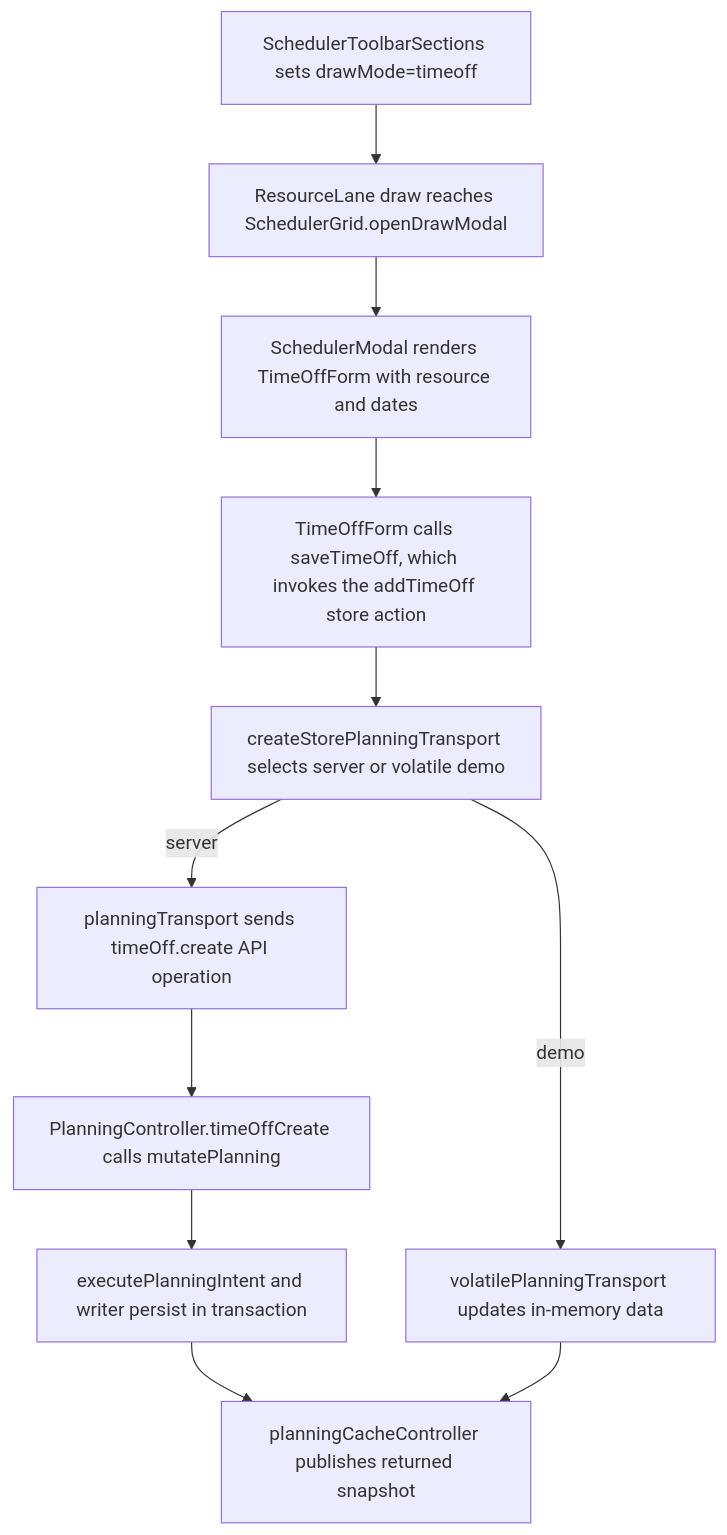
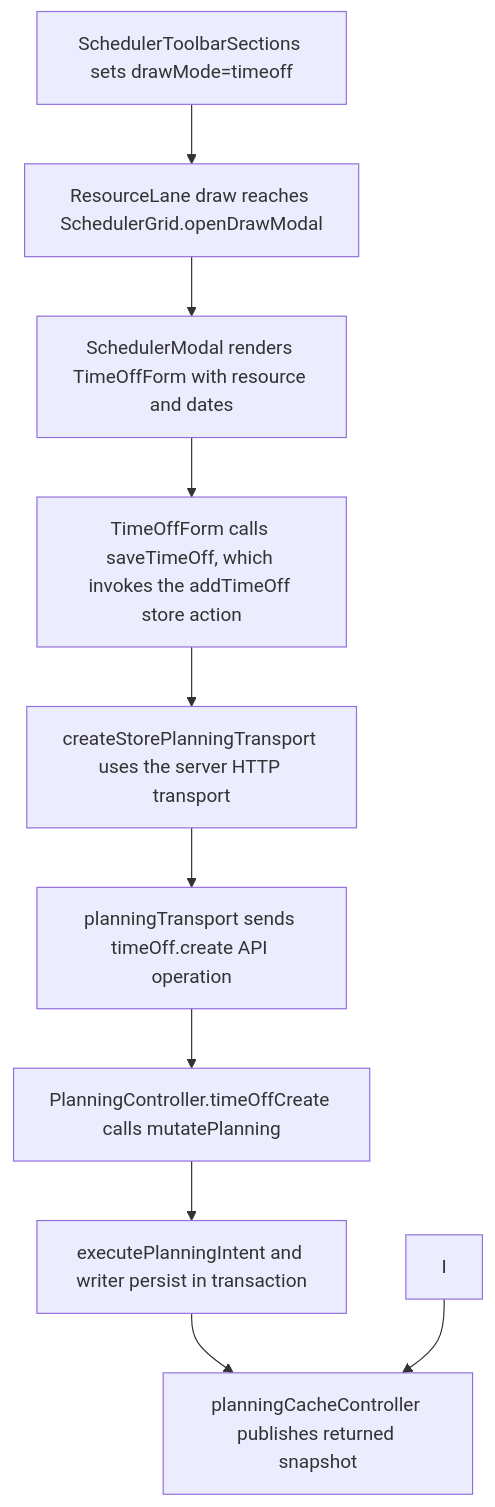
The second of 2 diagrams in user-stories/scheduler/US-SCH-03-draw-time-off.md (Kevinjohn/capacitylens), drawn with Mermaid before and after one commit. The commit also changed other lines of this file and 343 other files, not shown here.

Commit message:
feat: use server-owned company planning and a disposable development demo

````diff
--- a/user-stories/scheduler/US-SCH-03-draw-time-off.md
+++ b/user-stories/scheduler/US-SCH-03-draw-time-off.md
@@ -39,13 +39,12 @@
 ```mermaid
 flowchart TD
   A["SchedulerToolbarSections sets drawMode=timeoff"] --> B["ResourceLane draw reaches SchedulerGrid.openDrawModal"]
   B --> C["SchedulerModal renders TimeOffForm with resource and dates"]
   C --> D["TimeOffForm calls saveTimeOff, which invokes the addTimeOff store action"]
-  D --> E["createStorePlanningTransport selects server or volatile demo"]
-  E -->|server| F["planningTransport sends timeOff.create API operation"]
+  D --> E["createStorePlanningTransport uses the server HTTP transport"]
+  E --> F["planningTransport sends timeOff.create API operation"]
   F --> G["PlanningController.timeOffCreate calls mutatePlanning"]
   G --> H["executePlanningIntent and writer persist in transaction"]
-  E -->|demo| I["volatilePlanningTransport updates in-memory data"]
   H --> J["planningCacheController publishes returned snapshot"]
   I --> J
 ```
````
